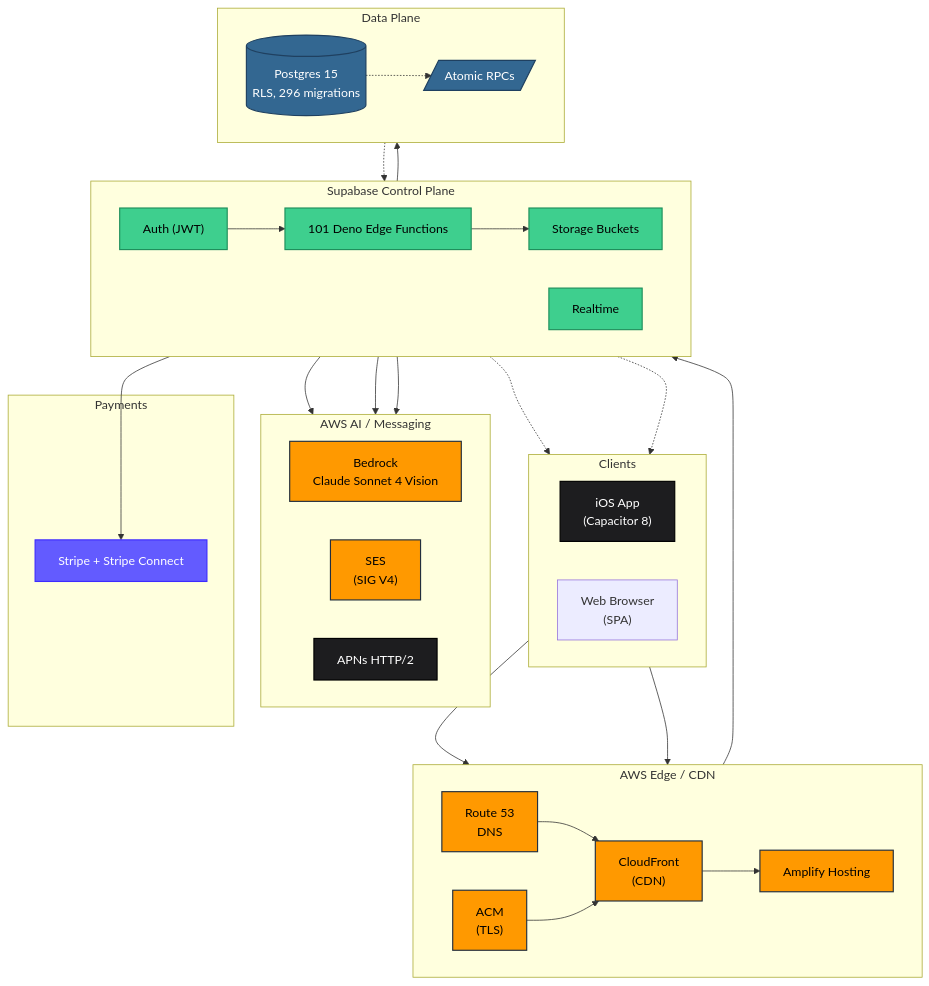
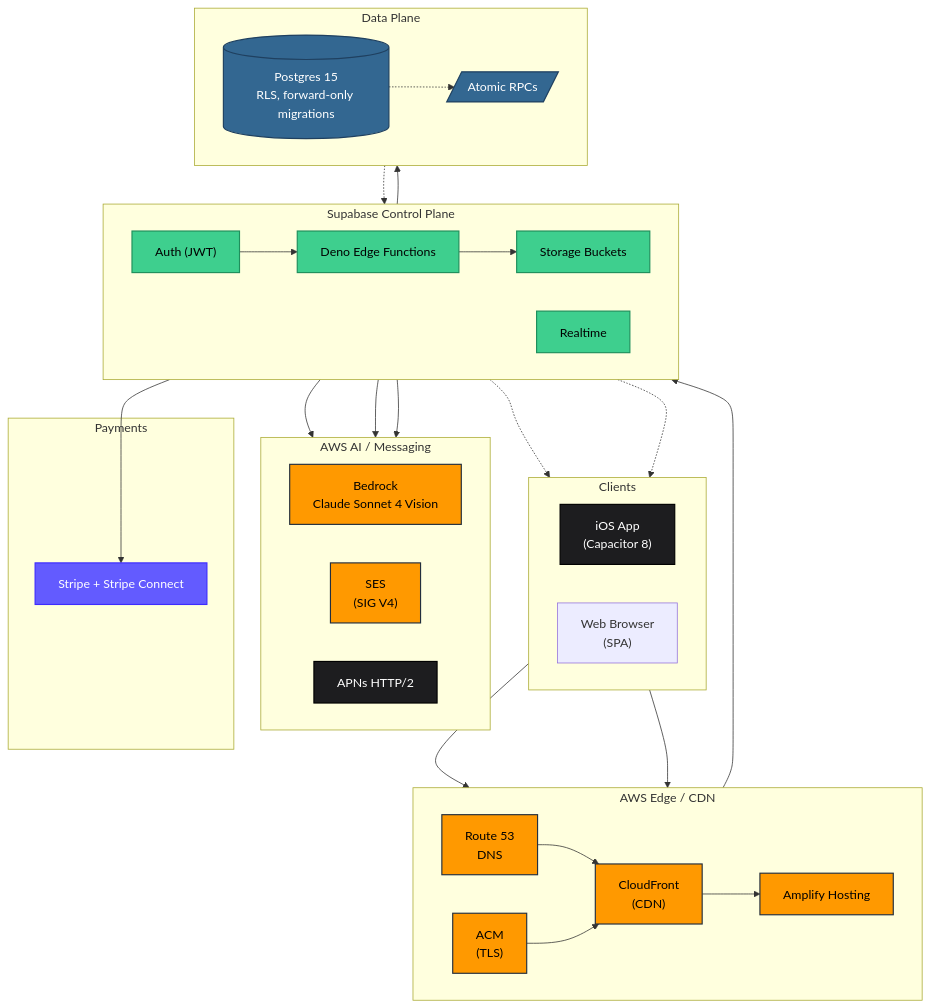
Before and after one commit to jashabalcom/swing-institute-architecture: the second of 7 diagrams in ARCHITECTURE.md, drawn with Mermaid. The commit also changed other lines of this file and 3 other files, not shown here.

````diff
--- a/ARCHITECTURE.md
+++ b/ARCHITECTURE.md
@@ -139,71 +148,71 @@
 ```mermaid
 flowchart TB
     subgraph CLIENTS["Clients"]
         direction LR
         ios["iOS App<br/>(Capacitor 8)"]
         web["Web Browser<br/>(SPA)"]
     end
 
     subgraph EDGE["AWS Edge / CDN"]
         direction LR
         r53["Route 53<br/>DNS"]
         acm["ACM<br/>(TLS)"]
         cf["CloudFront<br/>(CDN)"]
         amp["Amplify Hosting"]
     end
 
     subgraph SUPABASE["Supabase Control Plane"]
         direction LR
         sbauth["Auth (JWT)"]
-        sbfn["101 Deno Edge Functions"]
+        sbfn["Deno Edge Functions"]
         sbstor["Storage Buckets"]
         sbrt["Realtime"]
     end
 
     subgraph DATA["Data Plane"]
         direction LR
-        pg[("Postgres 15<br/>RLS, 296 migrations")]
+        pg[("Postgres 15<br/>RLS, forward-only migrations")]
         rpc[/"Atomic RPCs"/]
     end
 
     subgraph AIPLANE["AWS AI / Messaging"]
         direction LR
         bedrock["Bedrock<br/>Claude Sonnet 4 Vision"]
         ses["SES<br/>(SIG V4)"]
         apns["APNs HTTP/2"]
     end
 
     subgraph MONEY["Payments"]
         stripe["Stripe + Stripe Connect"]
     end
 
     ios --> cf
     web --> cf
     r53 --> cf
     acm --> cf
     cf --> amp
     amp --> sbauth
     sbauth --> sbfn
     sbfn --> pg
     sbfn --> sbstor
     pg -.-> rpc
     sbfn --> bedrock
     sbfn --> ses
     sbfn --> apns
     sbfn --> stripe
     pg -.-> sbrt
     sbrt -.-> web
     sbrt -.-> ios
 
     classDef awsClass fill:#FF9900,stroke:#232F3E,color:#000,stroke-width:1.5px
     classDef sbClass fill:#3ECF8E,stroke:#1F8F5C,color:#000,stroke-width:1.5px
     classDef stripeClass fill:#635BFF,stroke:#3D2BFF,color:#fff,stroke-width:1.5px
     classDef appleClass fill:#1d1d1f,stroke:#000,color:#fff,stroke-width:1.5px
     classDef pgClass fill:#336791,stroke:#1F4060,color:#fff,stroke-width:1.5px
 
     class r53,acm,cf,amp,bedrock,ses awsClass
     class sbauth,sbfn,sbstor,sbrt sbClass
     class stripe stripeClass
     class apns,ios appleClass
     class pg,rpc pgClass
 ```
````
